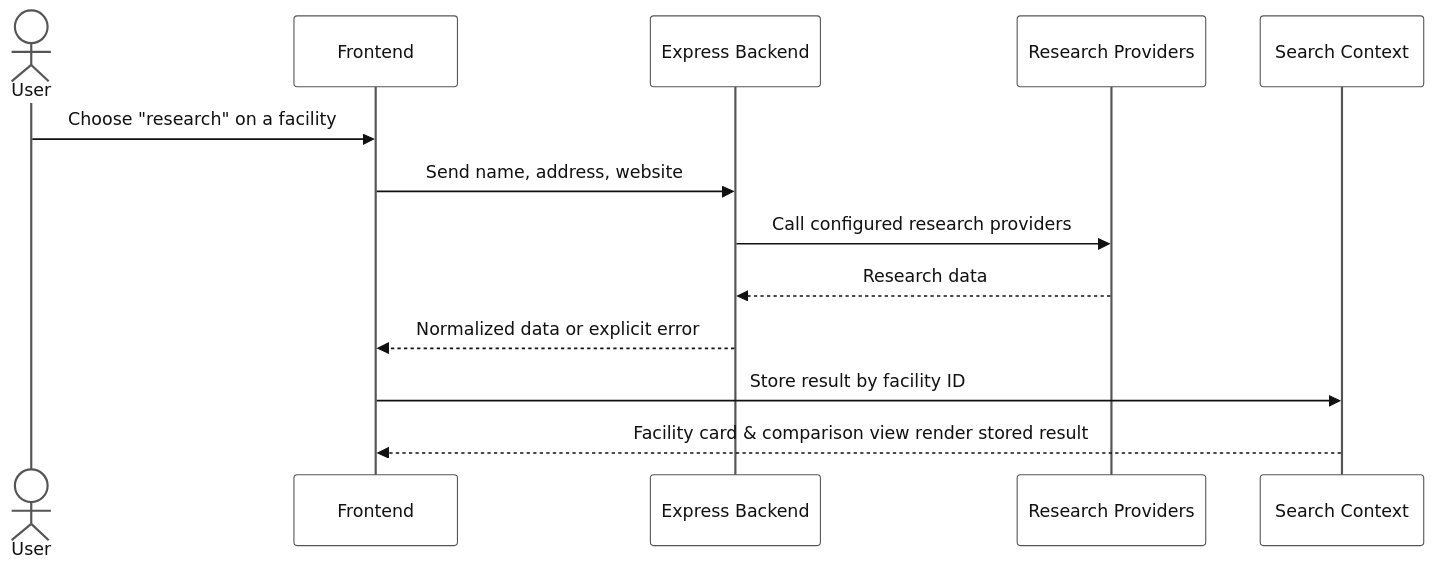
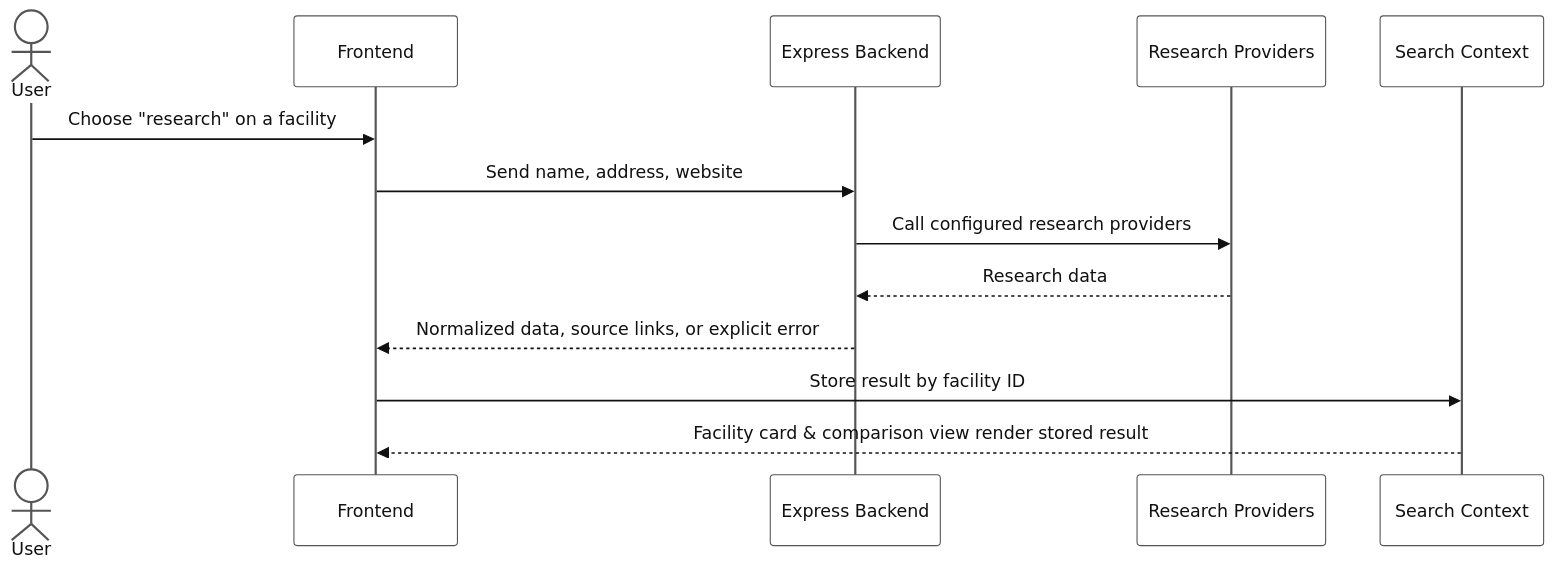
One commit to vanshkatnor1505/BuiltTechies changed the sixth of 7 diagrams in PROJECT INFORMATION/DATA-FLOW.md. Above: the diagram before and after it, drawn with Mermaid. The commit also changed other lines of this file, not shown here.

Commit message:
feat: add LanguageProvider context and enhance research data response details

````diff
--- a/PROJECT INFORMATION/DATA-FLOW.md
+++ b/PROJECT INFORMATION/DATA-FLOW.md
@@ -170,17 +180,17 @@
 ```mermaid
 sequenceDiagram
     %%{init: {'theme':'base', 'themeVariables': {'primaryColor':'#ffffff','primaryTextColor':'#111111','primaryBorderColor':'#555555','lineColor':'#555555','secondaryColor':'#f5f5f5','tertiaryColor':'#ffffff','fontSize':'15px','darkMode':false,'background':'#ffffff'}}}%%
     actor U as User
     participant FE as Frontend
     participant BE as Express Backend
     participant P as Research Providers
     participant CTX as Search Context
 
     U->>FE: Choose "research" on a facility
     FE->>BE: Send name, address, website
     BE->>P: Call configured research providers
     P-->>BE: Research data
-    BE-->>FE: Normalized data or explicit error
+    BE-->>FE: Normalized data, source links, or explicit error
     FE->>CTX: Store result by facility ID
     CTX-->>FE: Facility card & comparison view render stored result
 ```
````
